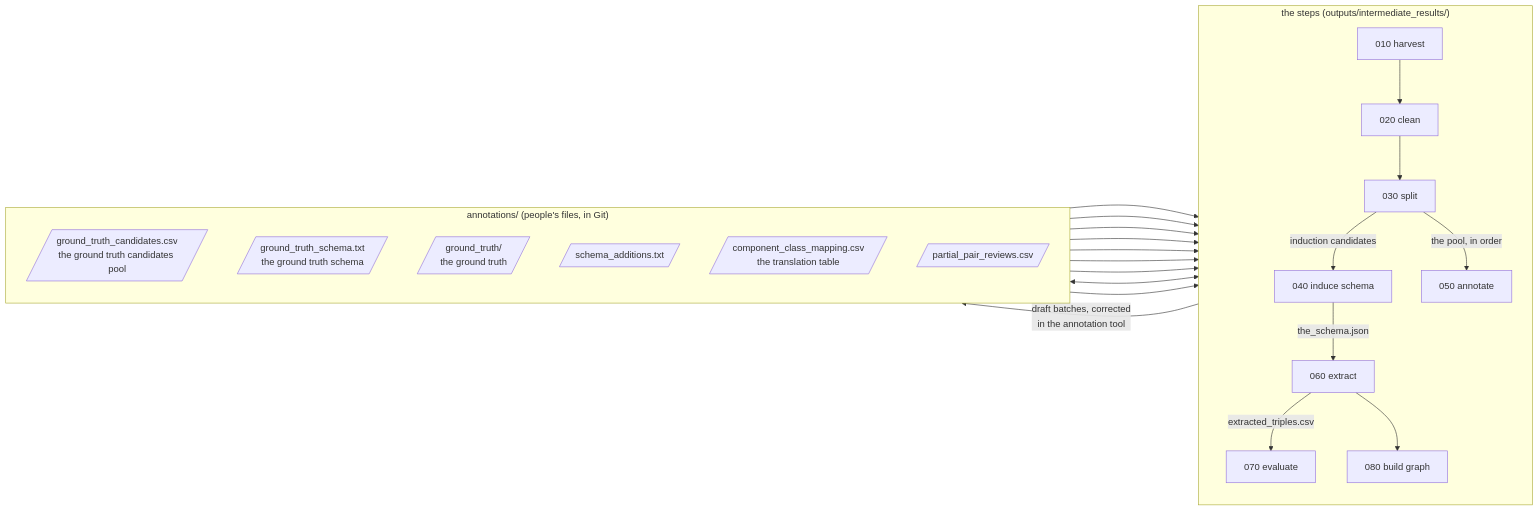
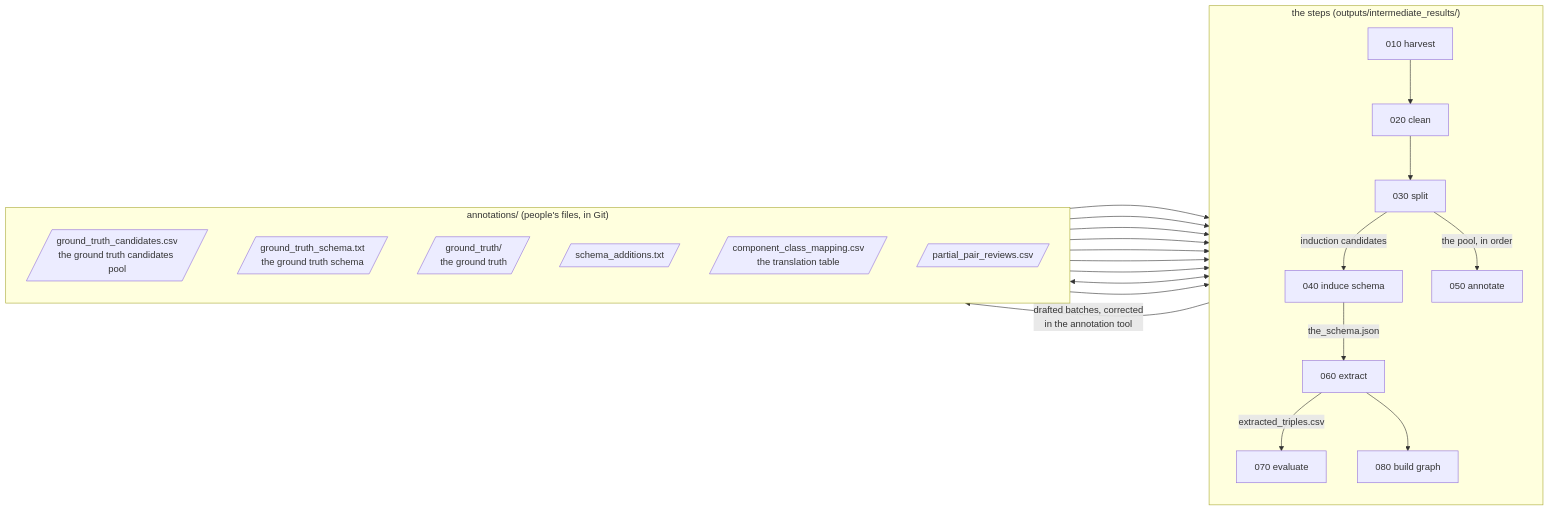
Before and after one commit to iulia-iordanescu/datanasagov_KG_proj: the second of 5 diagrams in docs/pipeline_in_pictures.md, drawn with Mermaid. The commit also changed other lines of this file and 69 other files, not shown here.

````diff
--- a/docs/pipeline_in_pictures.md
+++ b/docs/pipeline_in_pictures.md
@@ -34,29 +34,29 @@
 ```mermaid
 flowchart LR
     subgraph steps["the steps (outputs/intermediate_results/)"]
         direction TB
         S010["010 harvest"] --> S020["020 clean"]
         S020 --> S030["030 split"]
         S030 -->|"induction candidates"| S040["040 induce schema"]
         S030 -->|"the pool, in order"| S050["050 annotate"]
         S040 -->|"the_schema.json"| S060["060 extract"]
         S060 -->|"extracted_triples.csv"| S070["070 evaluate"]
         S060 --> S080["080 build graph"]
     end
     subgraph ann["annotations/ (people's files, in Git)"]
         direction TB
         POOL[/"ground_truth_candidates.csv<br/>the ground truth candidates pool"/]
         GTS[/"ground_truth_schema.txt<br/>the ground truth schema"/]
         GT[/"ground_truth/<br/>the ground truth"/]
         ADD[/"schema_additions.txt"/]
         MAP[/"component_class_mapping.csv<br/>the translation table"/]
         REV[/"partial_pair_reviews.csv"/]
     end
     POOL --> S030
     GTS --> S040 & S050 & S070
-    S050 -->|"draft batches, corrected<br/>in the annotation tool"| GT
+    S050 -->|"drafted batches, corrected<br/>in the annotation tool"| GT
     GT --> S060 & S070
     ADD --> S060
     MAP <--> S070
     REV --> S070
 ```
````
